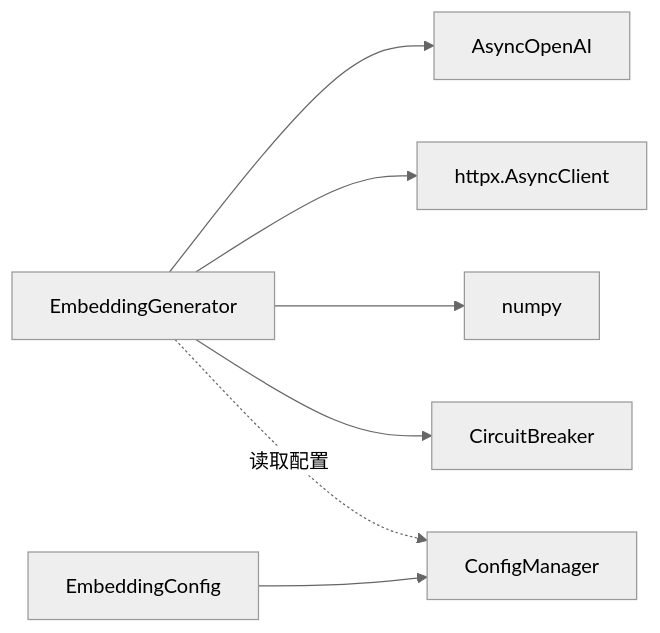
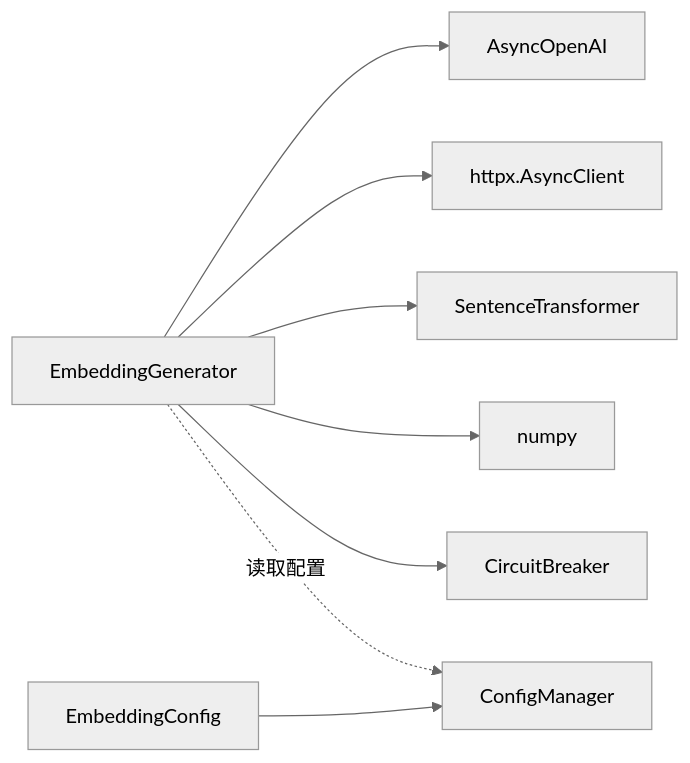
Before and after one commit to boyingliu01/fault-review-analyzer: the sixth of 7 diagrams in .qoder/repowiki/zh/content/核心架构/核心组件/嵌入向量生成器.md, drawn with Mermaid (neutral theme). The commit also changed other lines of this file and 125 other files, not shown here.

````diff
--- a/.qoder/repowiki/zh/content/核心架构/核心组件/嵌入向量生成器.md
+++ b/.qoder/repowiki/zh/content/核心架构/核心组件/嵌入向量生成器.md
@@ -324,9 +348,10 @@
 ```mermaid
 graph LR
 GEN["EmbeddingGenerator"] --> AO["AsyncOpenAI"]
 GEN --> HTTPX["httpx.AsyncClient"]
+GEN --> ST["SentenceTransformer"]
 GEN --> NP["numpy"]
 GEN --> CB["CircuitBreaker"]
 CFG["EmbeddingConfig"] --> MGR["ConfigManager"]
 GEN -.读取配置.-> MGR
 ```
````
